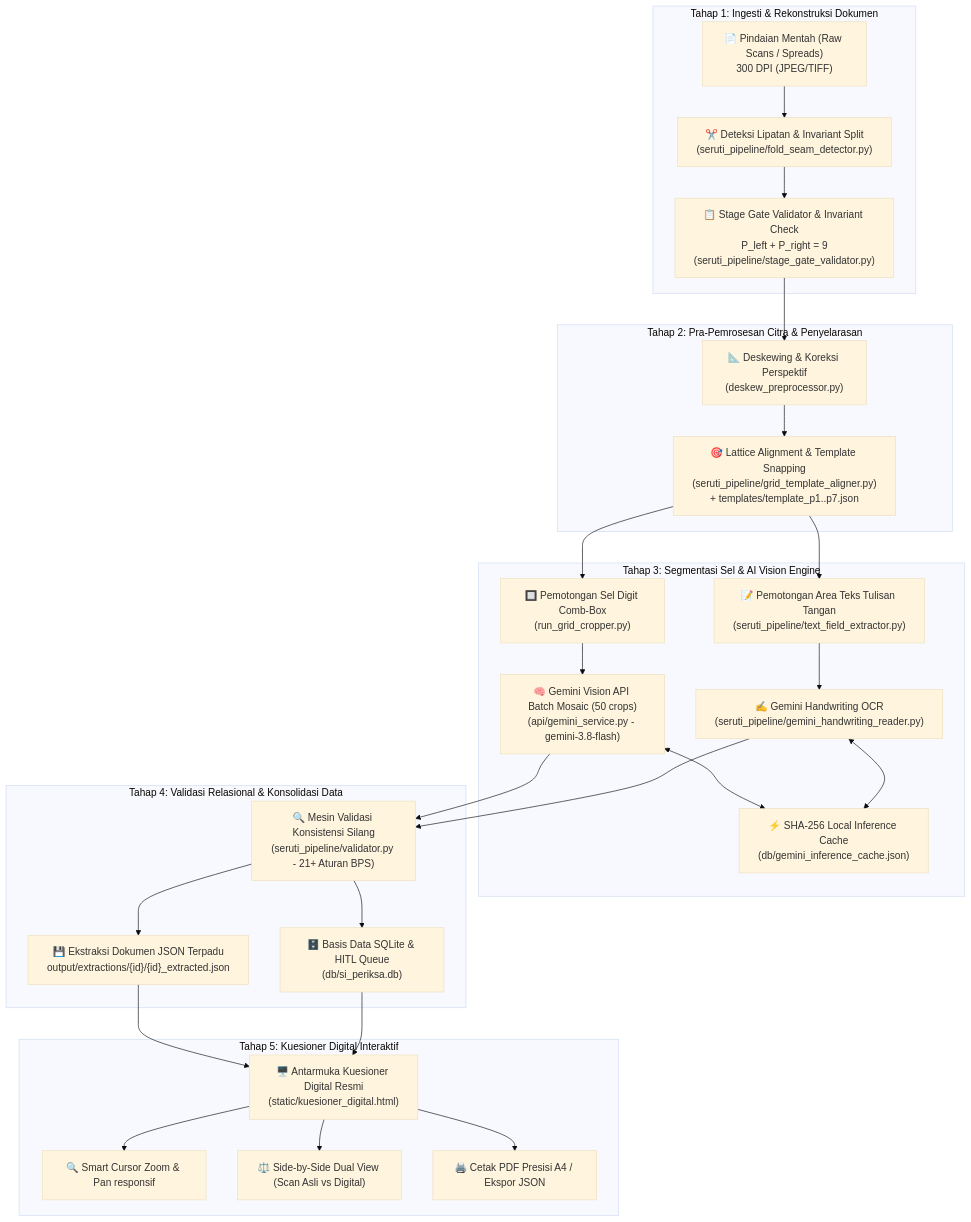
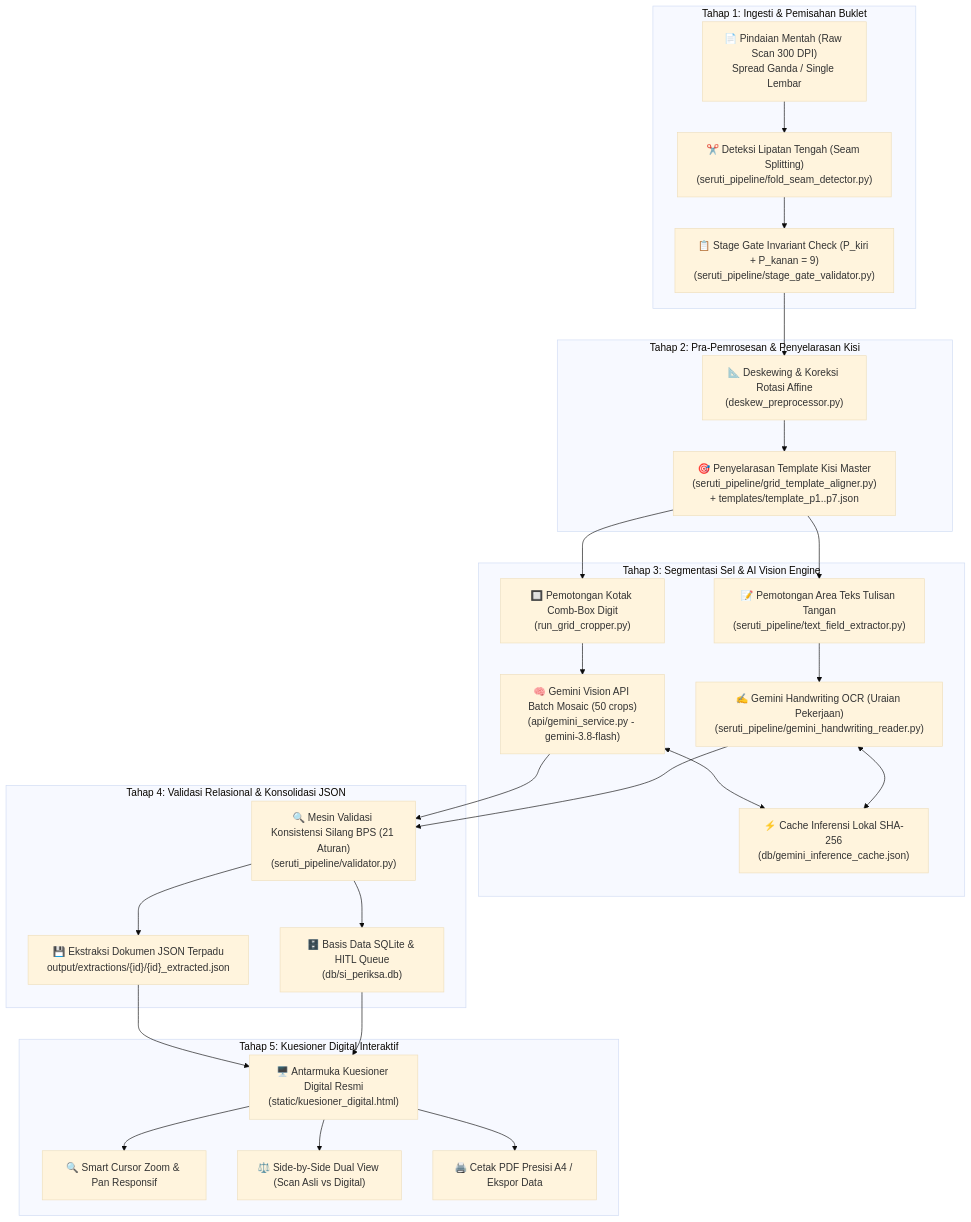
Before and after one commit to ABDevelopt/pindaisurvei: the diagram in docs/ALUR_KERJA.md, drawn with Mermaid (base theme). The commit also changed other lines of this file, not shown here.

````diff
--- a/docs/ALUR_KERJA.md
+++ b/docs/ALUR_KERJA.md
@@ -10,36 +10,36 @@
 ```mermaid
 flowchart TD
-    subgraph S1["Tahap 1: Ingesti & Rekonstruksi Dokumen"]
-        A["📄 Pindaian Mentah (Raw Scans / Spreads)\n300 DPI (JPEG/TIFF)"] --> B["✂️ Deteksi Lipatan & Invariant Split\n(seruti_pipeline/fold_seam_detector.py)"]
-        B --> C["📋 Stage Gate Validator & Invariant Check\nP_left + P_right = 9\n(seruti_pipeline/stage_gate_validator.py)"]
+    subgraph S1["Tahap 1: Ingesti & Pemisahan Buklet"]
+        A["📄 Pindaian Mentah (Raw Scan 300 DPI)\nSpread Ganda / Single Lembar"] --> B["✂️ Deteksi Lipatan Tengah (Seam Splitting)\n(seruti_pipeline/fold_seam_detector.py)"]
+        B --> C["📋 Stage Gate Invariant Check (P_kiri + P_kanan = 9)\n(seruti_pipeline/stage_gate_validator.py)"]
     end
 
-    subgraph S2["Tahap 2: Pra-Pemrosesan Citra & Penyelarasan"]
-        C --> D["📐 Deskewing & Koreksi Perspektif\n(deskew_preprocessor.py)"]
-        D --> E["🎯 Lattice Alignment & Template Snapping\n(seruti_pipeline/grid_template_aligner.py)\n+ templates/template_p1..p7.json"]
+    subgraph S2["Tahap 2: Pra-Pemrosesan & Penyelarasan Kisi"]
+        C --> D["📐 Deskewing & Koreksi Rotasi Affine\n(deskew_preprocessor.py)"]
+        D --> E["🎯 Penyelarasan Template Kisi Master\n(seruti_pipeline/grid_template_aligner.py)\n+ templates/template_p1..p7.json"]
     end
 
     subgraph S3["Tahap 3: Segmentasi Sel & AI Vision Engine"]
-        E --> F["🔲 Pemotongan Sel Digit Comb-Box\n(run_grid_cropper.py)"]
+        E --> F["🔲 Pemotongan Kotak Comb-Box Digit\n(run_grid_cropper.py)"]
         E --> G["📝 Pemotongan Area Teks Tulisan Tangan\n(seruti_pipeline/text_field_extractor.py)"]
         F --> H["🧠 Gemini Vision API Batch Mosaic (50 crops)\n(api/gemini_service.py - gemini-3.8-flash)"]
-        G --> I["✍️ Gemini Handwriting OCR\n(seruti_pipeline/gemini_handwriting_reader.py)"]
-        H <--> J["⚡ SHA-256 Local Inference Cache\n(db/gemini_inference_cache.json)"]
+        G --> I["✍️ Gemini Handwriting OCR (Uraian Pekerjaan)\n(seruti_pipeline/gemini_handwriting_reader.py)"]
+        H <--> J["⚡ Cache Inferensi Lokal SHA-256\n(db/gemini_inference_cache.json)"]
         I <--> J
     end
 
-    subgraph S4["Tahap 4: Validasi Relasional & Konsolidasi Data"]
-        H --> K["🔍 Mesin Validasi Konsistensi Silang\n(seruti_pipeline/validator.py - 21+ Aturan BPS)"]
+    subgraph S4["Tahap 4: Validasi Relasional & Konsolidasi JSON"]
+        H --> K["🔍 Mesin Validasi Konsistensi Silang BPS (21 Aturan)\n(seruti_pipeline/validator.py)"]
         I --> K
         K --> L["💾 Ekstraksi Dokumen JSON Terpadu\noutput/extractions/{id}/{id}_extracted.json"]
         K --> M["🗄️ Basis Data SQLite & HITL Queue\n(db/si_periksa.db)"]
     end
 
     subgraph S5["Tahap 5: Kuesioner Digital Interaktif"]
         L --> N["🖥️ Antarmuka Kuesioner Digital Resmi\n(static/kuesioner_digital.html)"]
         M --> N
-        N --> O["🔍 Smart Cursor Zoom & Pan responsif"]
+        N --> O["🔍 Smart Cursor Zoom & Pan Responsif"]
         N --> P["⚖️ Side-by-Side Dual View (Scan Asli vs Digital)"]
-        N --> Q["🖨️ Cetak PDF Presisi A4 / Ekspor JSON"]
+        N --> Q["🖨️ Cetak PDF Presisi A4 / Ekspor Data"]
     end
 ```
````
